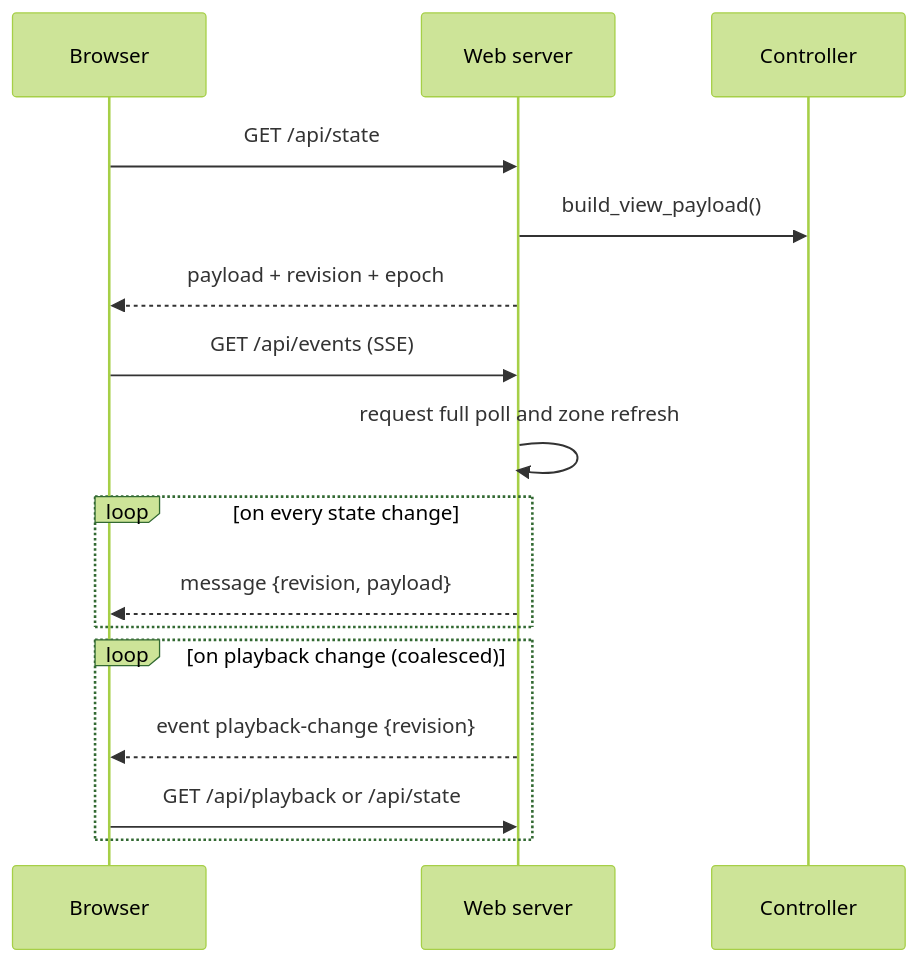
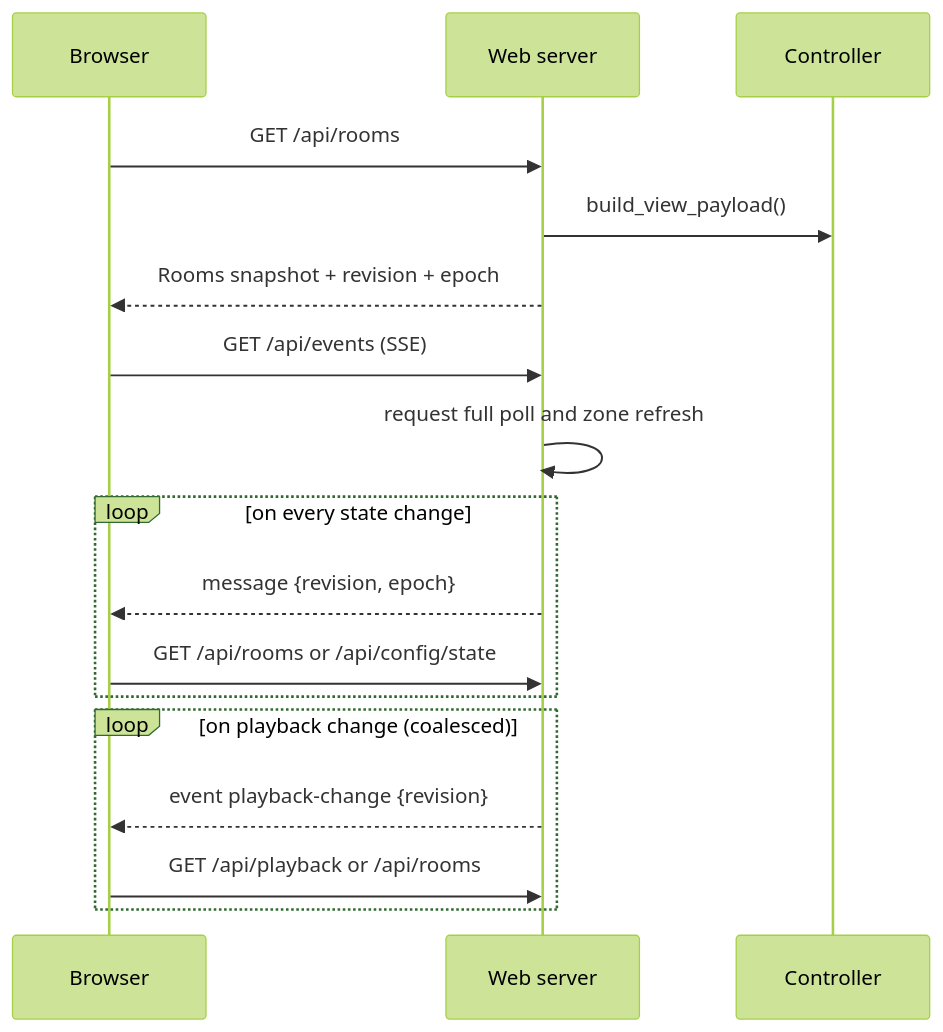
The third of 6 diagrams in docs/documentation/software-architecture.md (itcorner/MPDRussoundPi), drawn with Mermaid (forest theme) before and after one commit. The commit also changed other lines of this file and 16 other files, not shown here.

````diff
--- a/docs/documentation/software-architecture.md
+++ b/docs/documentation/software-architecture.md
@@ -128,18 +129,19 @@
 ```mermaid
 sequenceDiagram
     participant B as Browser
     participant S as Web server
     participant C as Controller
-    B->>S: GET /api/state
+    B->>S: GET /api/rooms
     S->>C: build_view_payload()
-    S-->>B: payload + revision + epoch
+    S-->>B: Rooms snapshot + revision + epoch
     B->>S: GET /api/events (SSE)
     S->>S: request full poll and zone refresh
     loop on every state change
-        S-->>B: message {revision, payload}
+        S-->>B: message {revision, epoch}
+        B->>S: GET /api/rooms or /api/config/state
     end
     loop on playback change (coalesced)
         S-->>B: event playback-change {revision}
-        B->>S: GET /api/playback or /api/state
+        B->>S: GET /api/playback or /api/rooms
     end
 ```
````
